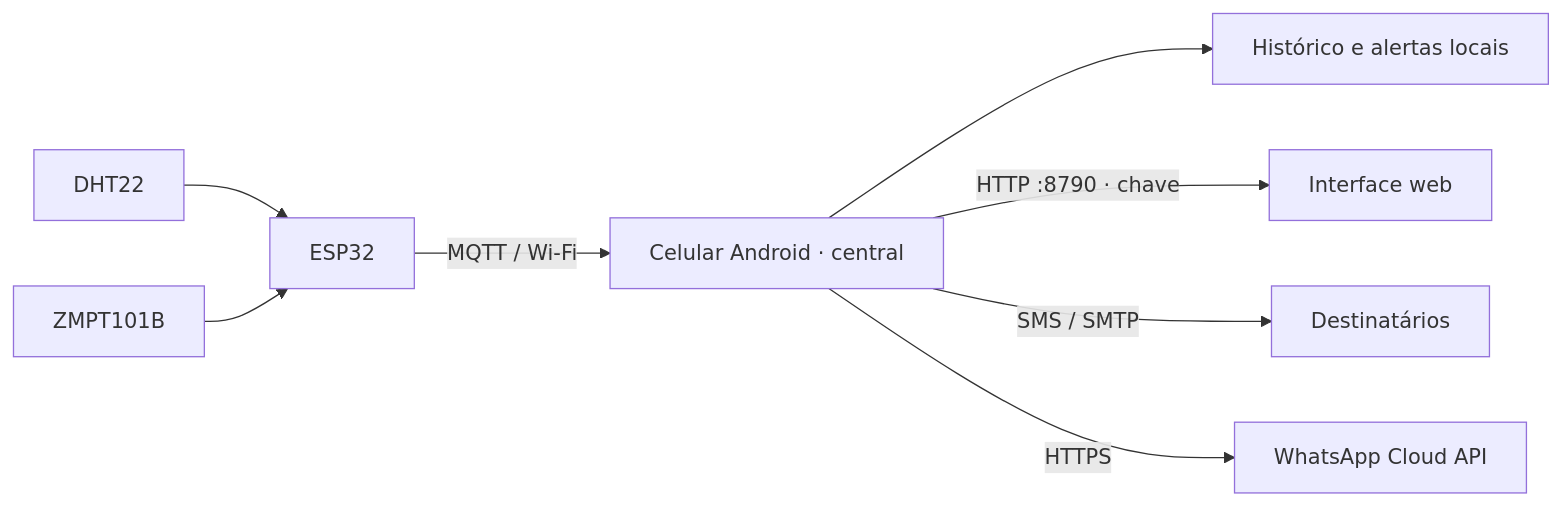
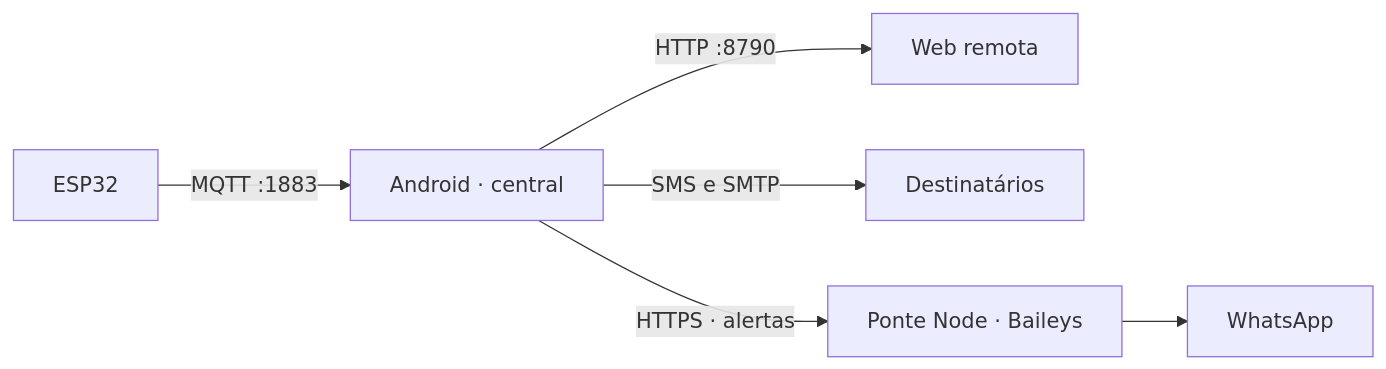
One commit to ThHSzR/winterhold changed the diagram in README.md. Above: the diagram before and after it, drawn with Mermaid. The commit also changed other lines of this file and 18 other files, not shown here.

Commit message:
feat: web settings, five-room demo and optional Baileys bridge

````diff
--- a/README.md
+++ b/README.md
@@ -9,10 +7,8 @@
 ```mermaid
 flowchart LR
-    DHT["DHT22"] --> ESP["ESP32"]
-    ZMPT["ZMPT101B"] --> ESP
-    ESP -->|"MQTT / Wi-Fi"| APK["Celular Android · central"]
-    APK --> DB["Histórico e alertas locais"]
-    APK -->|"HTTP :8790 · chave"| WEB["Interface web"]
-    APK -->|"SMS / SMTP"| AVISOS["Destinatários"]
-    APK -->|"HTTPS"| META["WhatsApp Cloud API"]
+    ESP[ESP32] -->|MQTT :1883| APK[Android · central]
+    APK -->|HTTP :8790| WEB[Web remota]
+    APK -->|SMS e SMTP| DEST[Destinatários]
+    APK -->|HTTPS · alertas| NODE[Ponte Node · Baileys]
+    NODE --> WA[WhatsApp]
 ```
````
